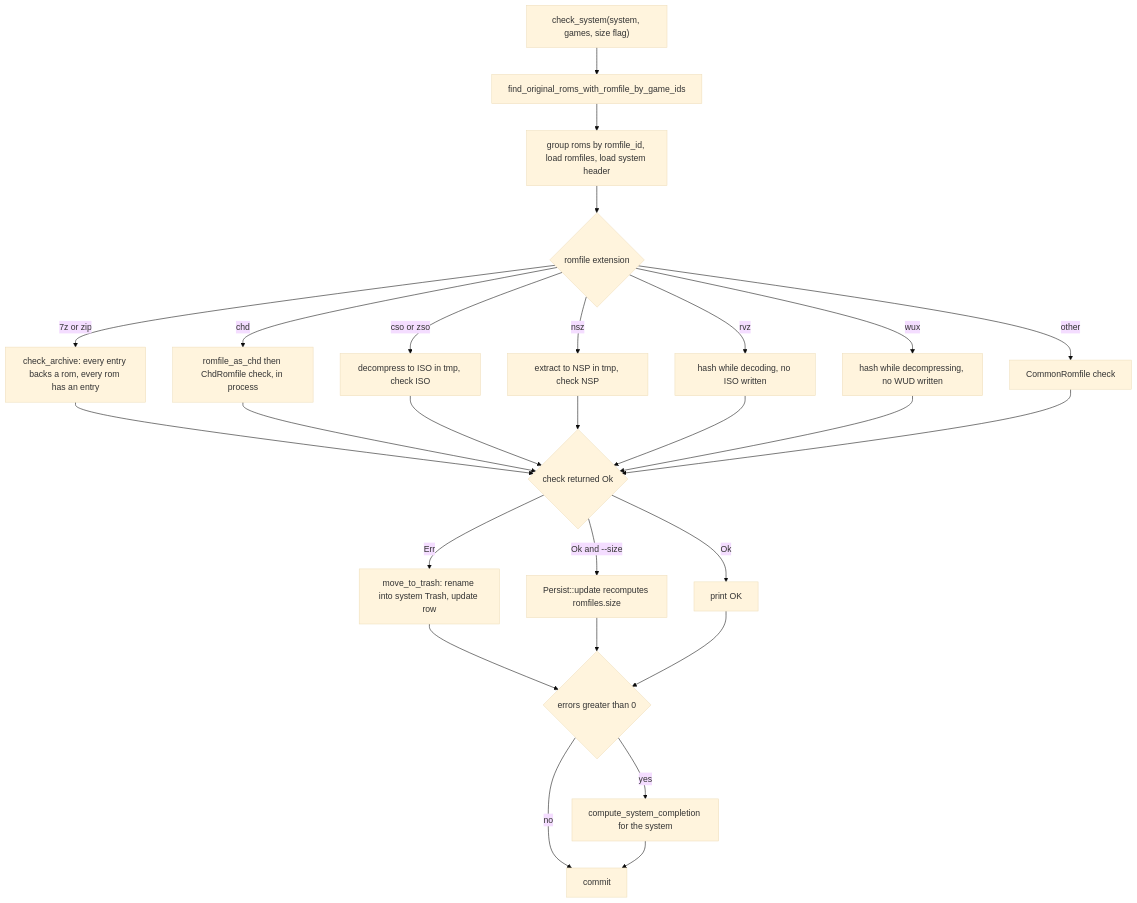
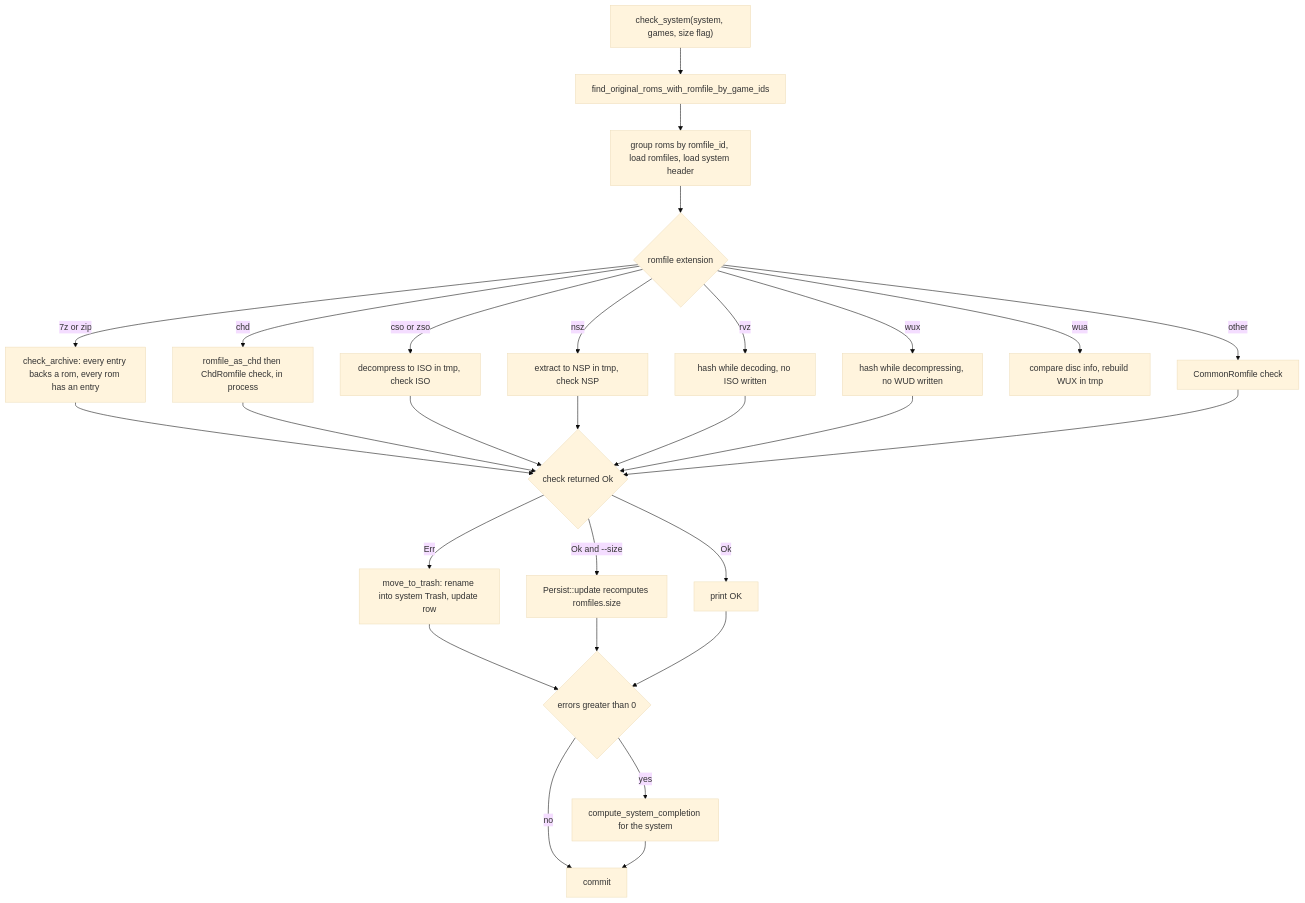
One commit to alucryd/oxyromon changed the first of 2 diagrams in openwiki/workflows/integrity-check-and-purge.md. Above: the diagram before and after it, drawn with Mermaid (base theme). The commit also changed other lines of this file and 55 other files, not shown here.

````diff
--- a/openwiki/workflows/integrity-check-and-purge.md
+++ b/openwiki/workflows/integrity-check-and-purge.md
@@ -174,29 +176,30 @@
 ```mermaid
 flowchart TD
     A["check_system(system, games, size flag)"] --> B["find_original_roms_with_romfile_by_game_ids"]
     B --> C["group roms by romfile_id, load romfiles, load system header"]
     C --> D{"romfile extension"}
     D -->|7z or zip| E["check_archive: every entry backs a rom, every rom has an entry"]
     D -->|chd| F["romfile_as_chd then ChdRomfile check, in process"]
     D -->|cso or zso| I["decompress to ISO in tmp, check ISO"]
     D -->|nsz| J["extract to NSP in tmp, check NSP"]
     D -->|rvz| K["hash while decoding, no ISO written"]
     D -->|wux| W["hash while decompressing, no WUD written"]
+    D -->|wua| WA["compare disc info, rebuild WUX in tmp"]
     D -->|other| L["CommonRomfile check"]
     E --> M{"check returned Ok"}
     F --> M
     I --> M
     J --> M
     K --> M
     W --> M
     L --> M
     M -->|Err| N["move_to_trash: rename into system Trash, update row"]
     M -->|"Ok and --size"| O["Persist::update recomputes romfiles.size"]
     M -->|Ok| P["print OK"]
     N --> Q{"errors greater than 0"}
     O --> Q
     P --> Q
     Q -->|yes| R["compute_system_completion for the system"]
     Q -->|no| S["commit"]
     R --> S
 ```
````
